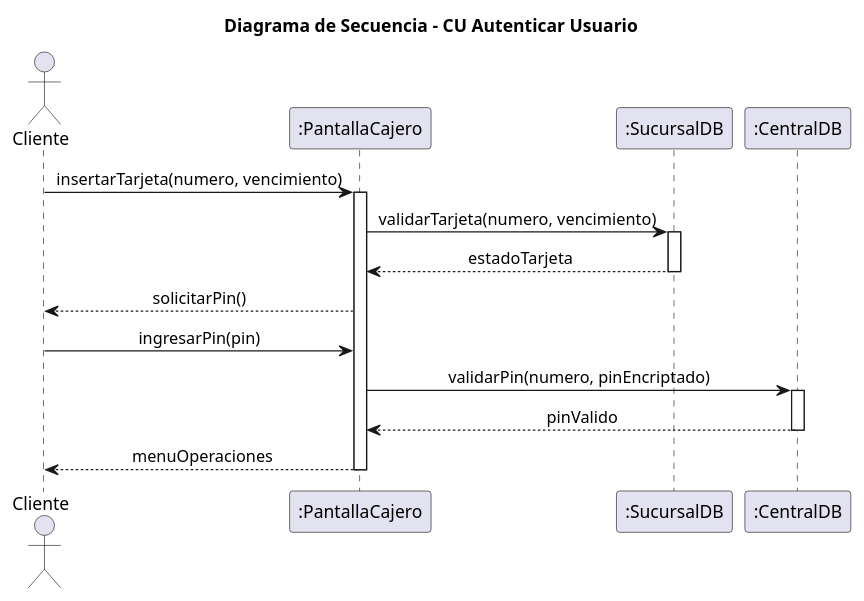
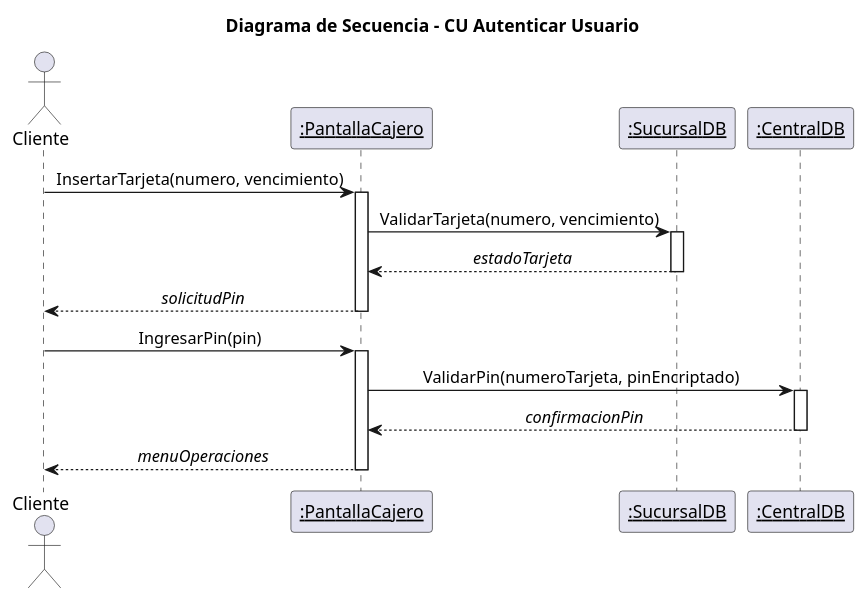
The diagram in diseno-e-implementacion-de-sistemas/diagrams/05_secuencia_autenticar.puml (4l3j0Ok/institute-third-year), drawn with PlantUML before and after one commit. The commit also changed 86 other files, not shown here.

```diff
--- a/diseno-e-implementacion-de-sistemas/diagrams/05_secuencia_autenticar.puml
+++ b/diseno-e-implementacion-de-sistemas/diagrams/05_secuencia_autenticar.puml
@@ -1,25 +1,28 @@
 @startuml 05_secuencia_autenticar
 title Diagrama de Secuencia - CU Autenticar Usuario
 skinparam shadowing false
 skinparam sequenceMessageAlign center
 
 actor Cliente
-participant ":PantallaCajero" as PC
-participant ":SucursalDB" as SDB
-participant ":CentralDB" as CDB
+participant "<u>:PantallaCajero</u>" as PC
+participant "<u>:SucursalDB</u>" as SDB
+participant "<u>:CentralDB</u>" as CDB
 
-Cliente -> PC : insertarTarjeta(numero, vencimiento)
+Cliente -> PC : InsertarTarjeta(numero, vencimiento)
 activate PC
-PC -> SDB : validarTarjeta(numero, vencimiento)
+PC -> SDB : ValidarTarjeta(numero, vencimiento)
 activate SDB
-SDB --> PC : estadoTarjeta
+SDB --> PC : //estadoTarjeta//
 deactivate SDB
-PC --> Cliente : solicitarPin()
-Cliente -> PC : ingresarPin(pin)
-PC -> CDB : validarPin(numero, pinEncriptado)
+PC --> Cliente : //solicitudPin//
+deactivate PC
+
+Cliente -> PC : IngresarPin(pin)
+activate PC
+PC -> CDB : ValidarPin(numeroTarjeta, pinEncriptado)
 activate CDB
-CDB --> PC : pinValido
+CDB --> PC : //confirmacionPin//
 deactivate CDB
-PC --> Cliente : menuOperaciones
+PC --> Cliente : //menuOperaciones//
 deactivate PC
 @enduml
```
